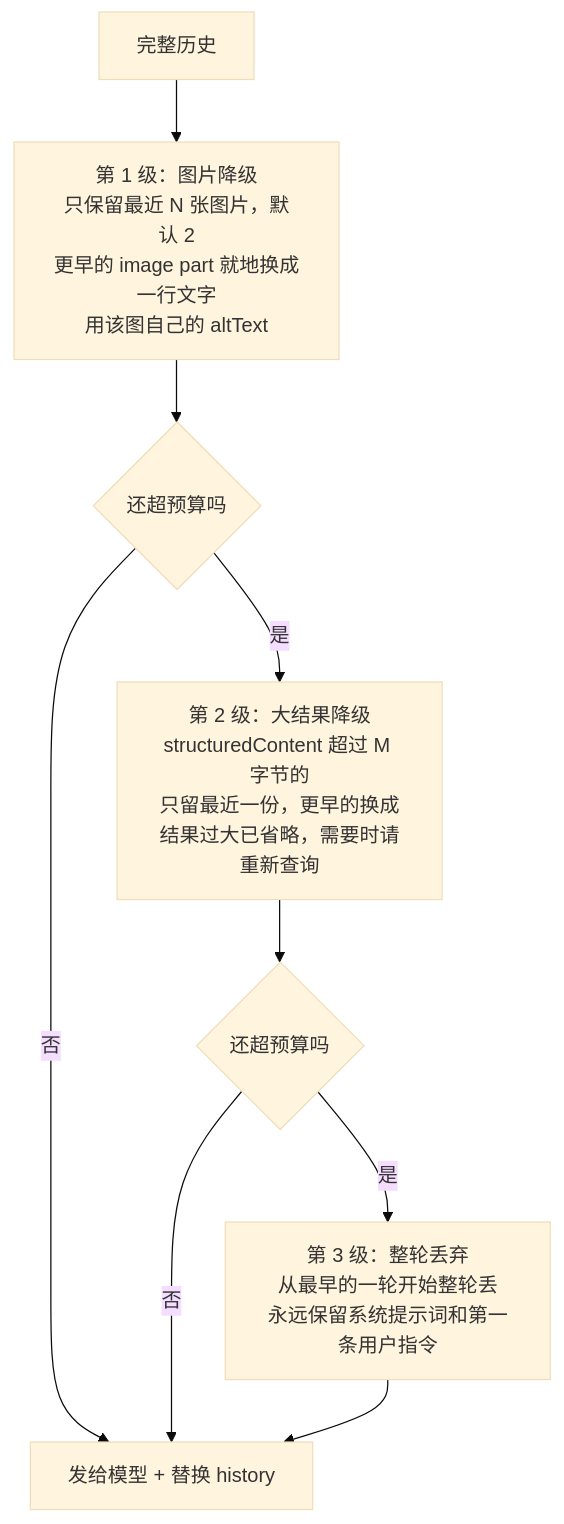
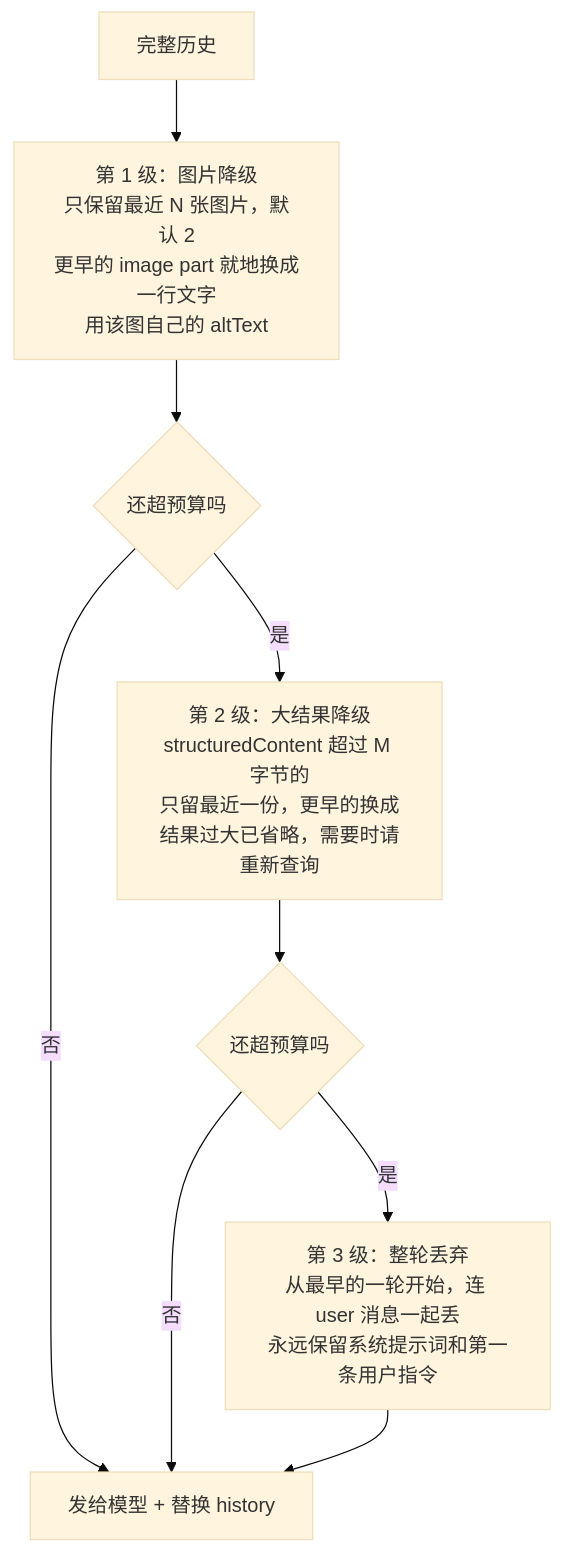
One commit to shazhou-ww/unidocs changed diagram 11 of 17 in docs/superpowers/specs/2026-08-26-agent-sdk-design.md. Above: the diagram before and after it, drawn with Mermaid (base theme). The commit also changed other lines of this file, not shown here.

````diff
--- a/docs/superpowers/specs/2026-08-26-agent-sdk-design.md
+++ b/docs/superpowers/specs/2026-08-26-agent-sdk-design.md
@@ -837,11 +978,11 @@
 ```mermaid
 flowchart TB
     IN["完整历史"] --> L1["第 1 级：图片降级<br/>只保留最近 N 张图片，默认 2<br/>更早的 image part 就地换成一行文字<br/>用该图自己的 altText"]
     L1 --> C1{"还超预算吗"}
     C1 -->|否| OUT["发给模型 + 替换 history"]
     C1 -->|是| L2["第 2 级：大结果降级<br/>structuredContent 超过 M 字节的<br/>只留最近一份，更早的换成<br/>结果过大已省略，需要时请重新查询"]
     L2 --> C2{"还超预算吗"}
     C2 -->|否| OUT
-    C2 -->|是| L3["第 3 级：整轮丢弃<br/>从最早的一轮开始整轮丢<br/>永远保留系统提示词和第一条用户指令"]
+    C2 -->|是| L3["第 3 级：整轮丢弃<br/>从最早的一轮开始，连 user 消息一起丢<br/>永远保留系统提示词和第一条用户指令"]
     L3 --> OUT
 ```
````
